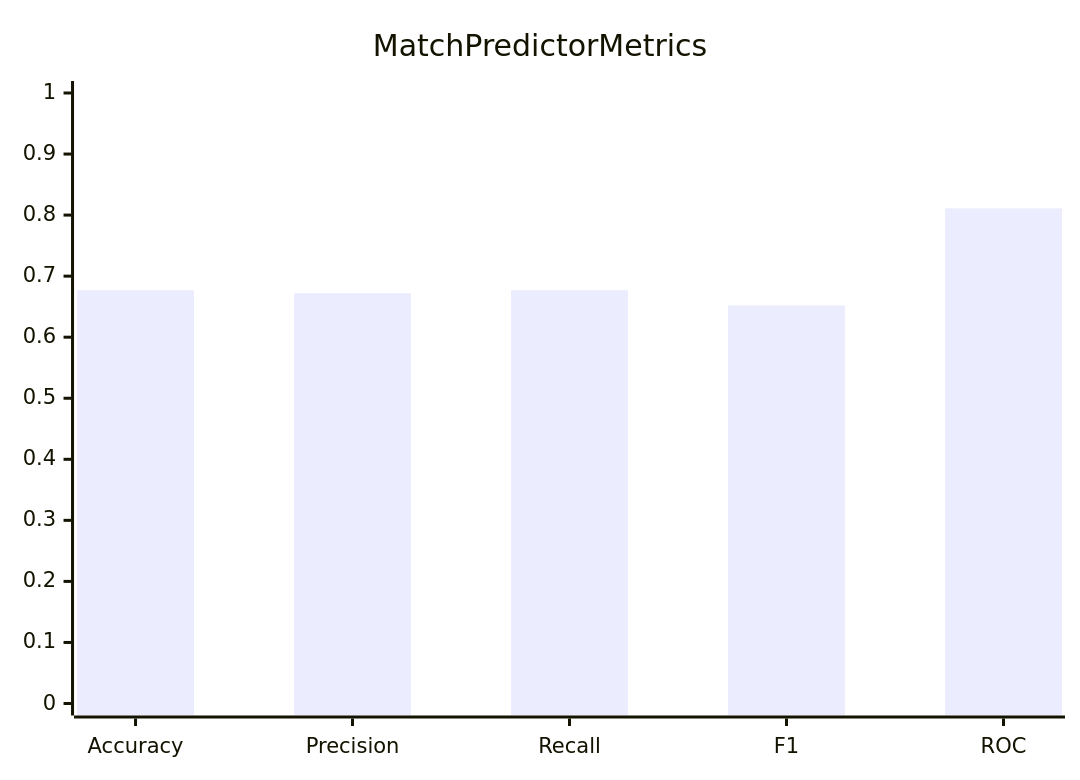
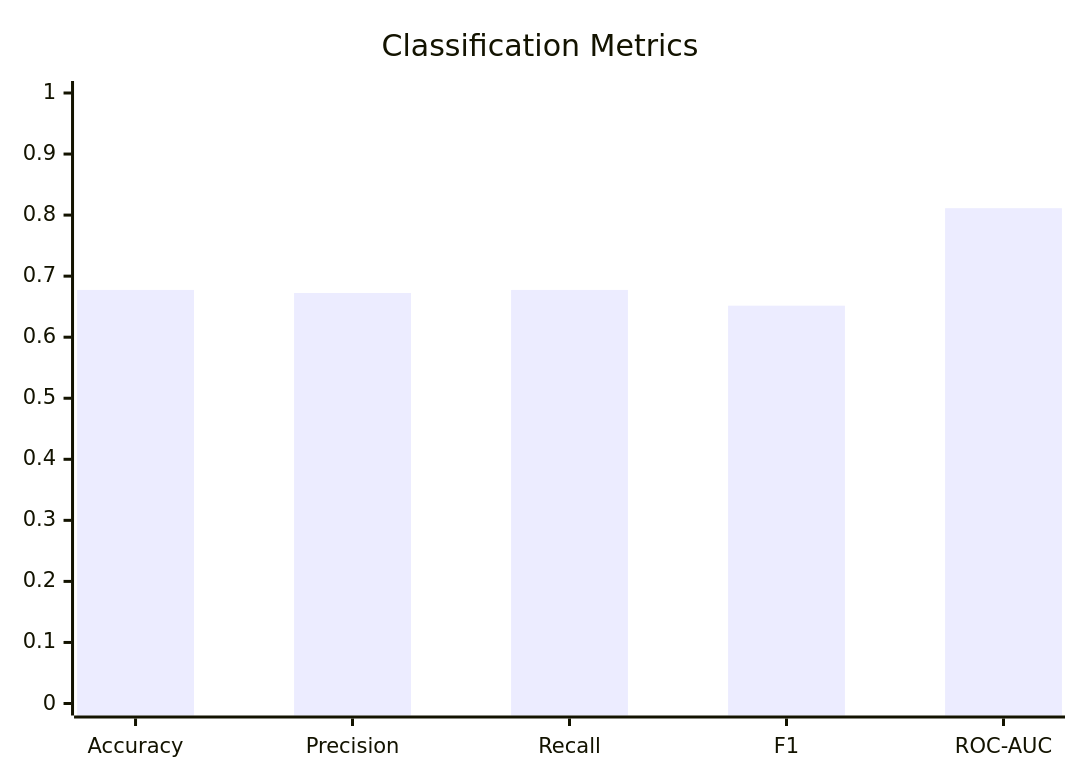
Before and after one commit to sai-ganesh-4539/StatVault: the fourth of 6 diagrams in Model_Metrcis_Report.md, drawn with Mermaid. The commit also changed other lines of this file, not shown here.

````diff
--- a/Model_Metrcis_Report.md
+++ b/Model_Metrcis_Report.md
@@ -66,7 +66,7 @@
 ```mermaid
 xychart-beta
- title Match Predictor Metrics
- x-axis [Accuracy,Precision,Recall,F1,ROC]
- y-axis 0 --> 1
- bar [0.677,0.672,0.677,0.652,0.811]
+title "Classification Metrics"
+x-axis ["Accuracy","Precision","Recall","F1","ROC-AUC"]
+y-axis 0 --> 1
+bar [0.6774,0.6724,0.6774,0.6516,0.8113]
 ```
````
